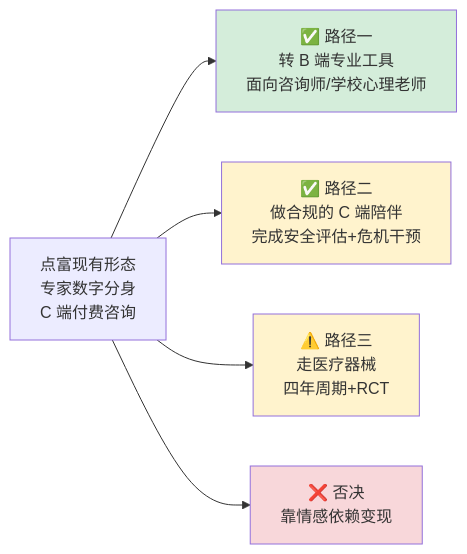
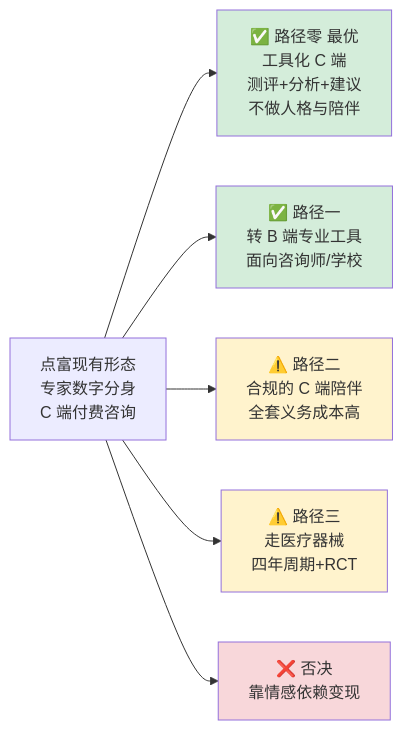
Before and after one commit to LiPingjiang/Full-Stack-Knowledge-Book: diagram 23 of 23 in part7-ai-engineering/12-案例-点富科技大模型数据评测岗.md, drawn with Mermaid. The commit also changed other lines of this file, not shown here.

````diff
--- a/part7-ai-engineering/12-案例-点富科技大模型数据评测岗.md
+++ b/part7-ai-engineering/12-案例-点富科技大模型数据评测岗.md
@@ -2829,13 +2908,15 @@
 ```mermaid
 flowchart LR
     A["点富现有形态<br/>专家数字分身<br/>C 端付费咨询"]
-    A --> P1["✅ 路径一<br/>转 B 端专业工具<br/>面向咨询师/学校心理老师"]
-    A --> P2["✅ 路径二<br/>做合规的 C 端陪伴<br/>完成安全评估+危机干预"]
+    A --> P0["✅ 路径零 最优<br/>工具化 C 端<br/>测评+分析+建议<br/>不做人格与陪伴"]
+    A --> P1["✅ 路径一<br/>转 B 端专业工具<br/>面向咨询师/学校"]
+    A --> P2["⚠️ 路径二<br/>合规的 C 端陪伴<br/>全套义务成本高"]
     A --> P3["⚠️ 路径三<br/>走医疗器械<br/>四年周期+RCT"]
     A --> P4["❌ 否决<br/>靠情感依赖变现"]
 
+    style P0 fill:#d4edda
     style P1 fill:#d4edda
     style P2 fill:#fff3cd
     style P3 fill:#fff3cd
     style P4 fill:#f8d7da
 ```
````
